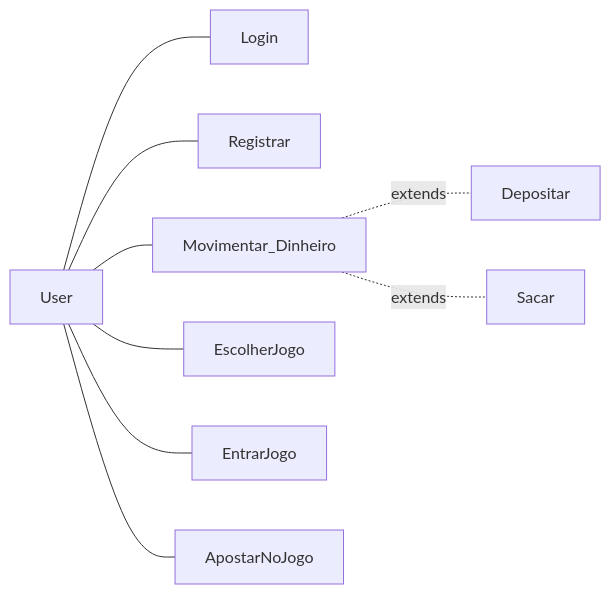
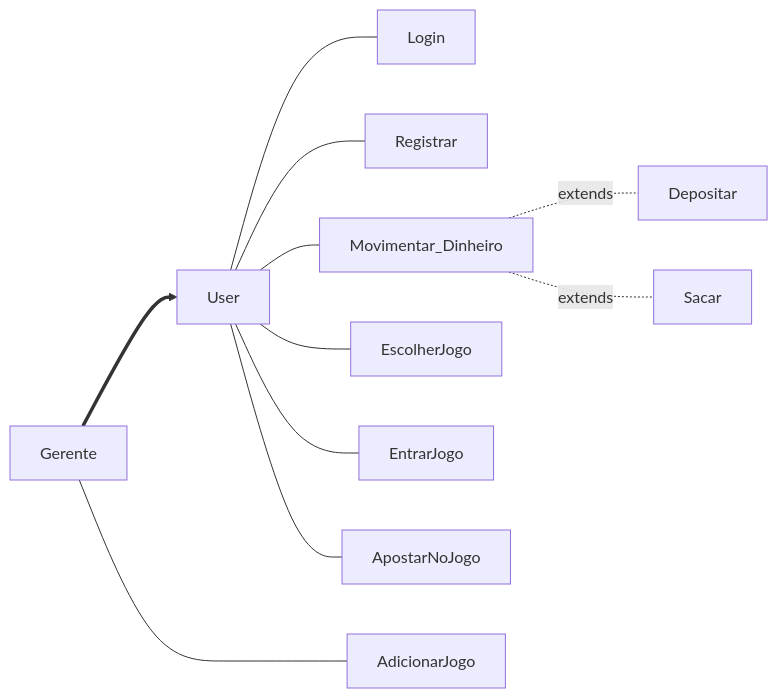
The diagram in docs/usecase/readme.md (desenvolvimento-web-unifil/02-documentacao-a-firma), drawn with Mermaid before and after one commit. The commit also changed other lines of this file, not shown here.

````diff
--- a/docs/usecase/readme.md
+++ b/docs/usecase/readme.md
@@ -1,13 +1,15 @@
 ```mermaid
 flowchart LR
 
     User --- Login
     User --- Registrar
     User --- Movimentar_Dinheiro
         Movimentar_Dinheiro -.extends.- Depositar
         Movimentar_Dinheiro -.extends.- Sacar
     User --- EscolherJogo
     User --- EntrarJogo
     User --- ApostarNoJogo
-    
+
+    Gerente ==> User
+    Gerente ---- AdicionarJogo
 ```
````
